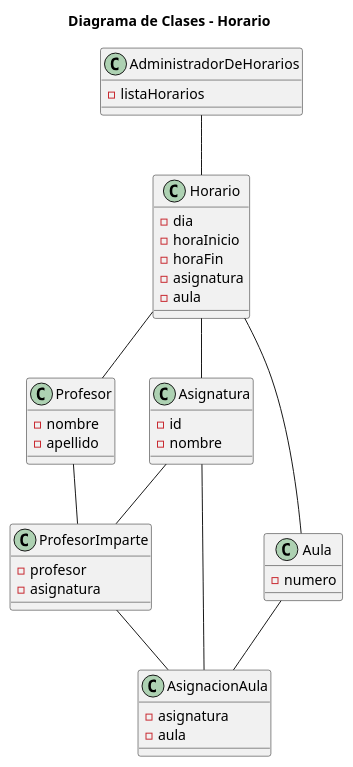
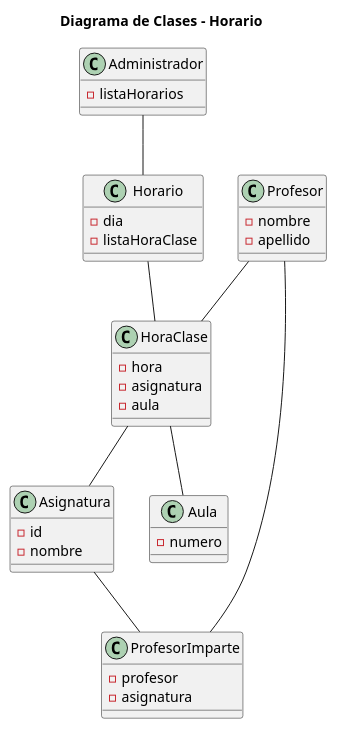
One commit to mmasias/24-25-IdSw1-SDR changed the diagram in modeloDelDominio/plantUML/DiagramaDeClases.puml. Above: the diagram before and after it, drawn with PlantUML.

```diff
--- a/modeloDelDominio/plantUML/DiagramaDeClases.puml
+++ b/modeloDelDominio/plantUML/DiagramaDeClases.puml
@@ -1,50 +1,40 @@
+@startuml
 title Diagrama de Clases - Horario
 
-class AdministradorDeHorarios {
+class Administrador {
     - listaHorarios
 }
-
 class Profesor {
     - nombre
     - apellido
 }
-
 class Asignatura {
     - id
     - nombre
 }
-
 class Aula {
     - numero
 }
-
 class Horario {
     - dia
-    - horaInicio
-    - horaFin
+    - listaHoraClase
+}
+class HoraClase {
+    - hora
     - asignatura
     - aula
 }
-
 class ProfesorImparte {
     - profesor
     - asignatura
 }
 
-class AsignacionAula {
-    - asignatura
-    - aula
-}
-
-AdministradorDeHorarios -- Horario
-
-Horario -- Profesor
-Horario -- Asignatura
-Horario -- Aula
-
+Administrador -- Horario
+Horario -- HoraClase
+HoraClase -- Asignatura
+HoraClase -- Aula
+Profesor -- HoraClase
 Profesor -- ProfesorImparte
 Asignatura -- ProfesorImparte
-Asignatura -- AsignacionAula
-Aula -- AsignacionAula
-ProfesorImparte -- AsignacionAula
+
 @enduml
```
